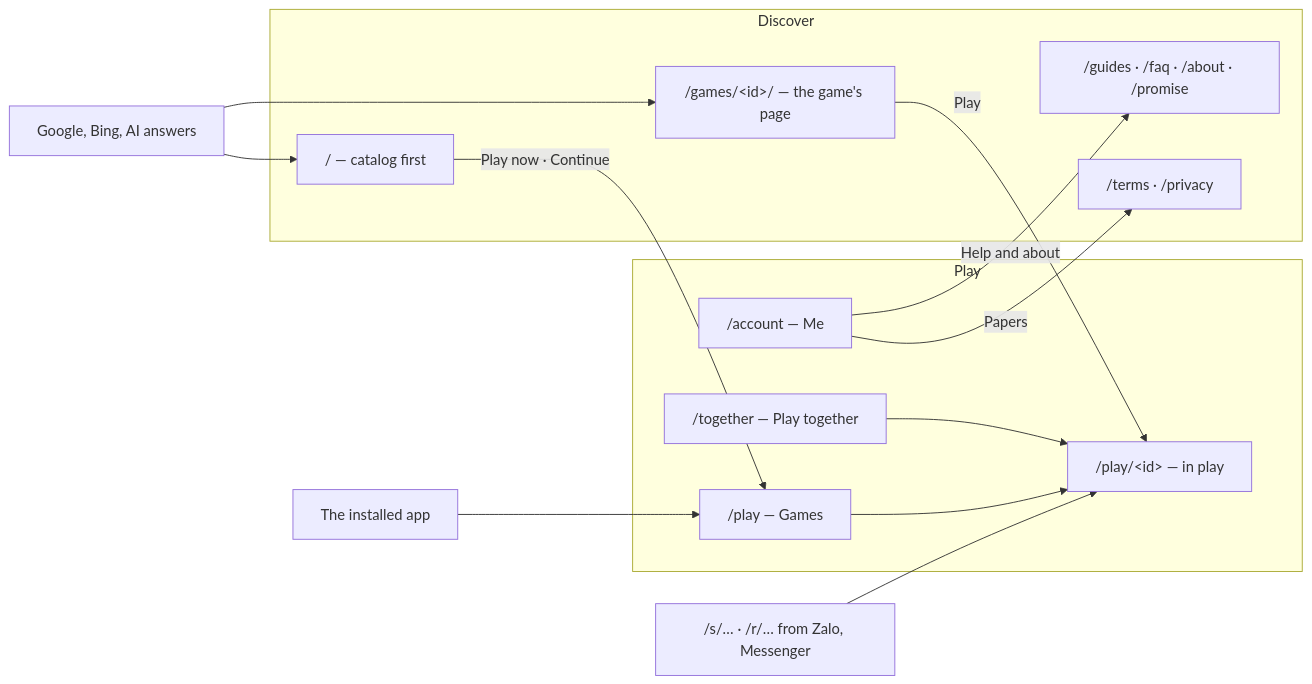
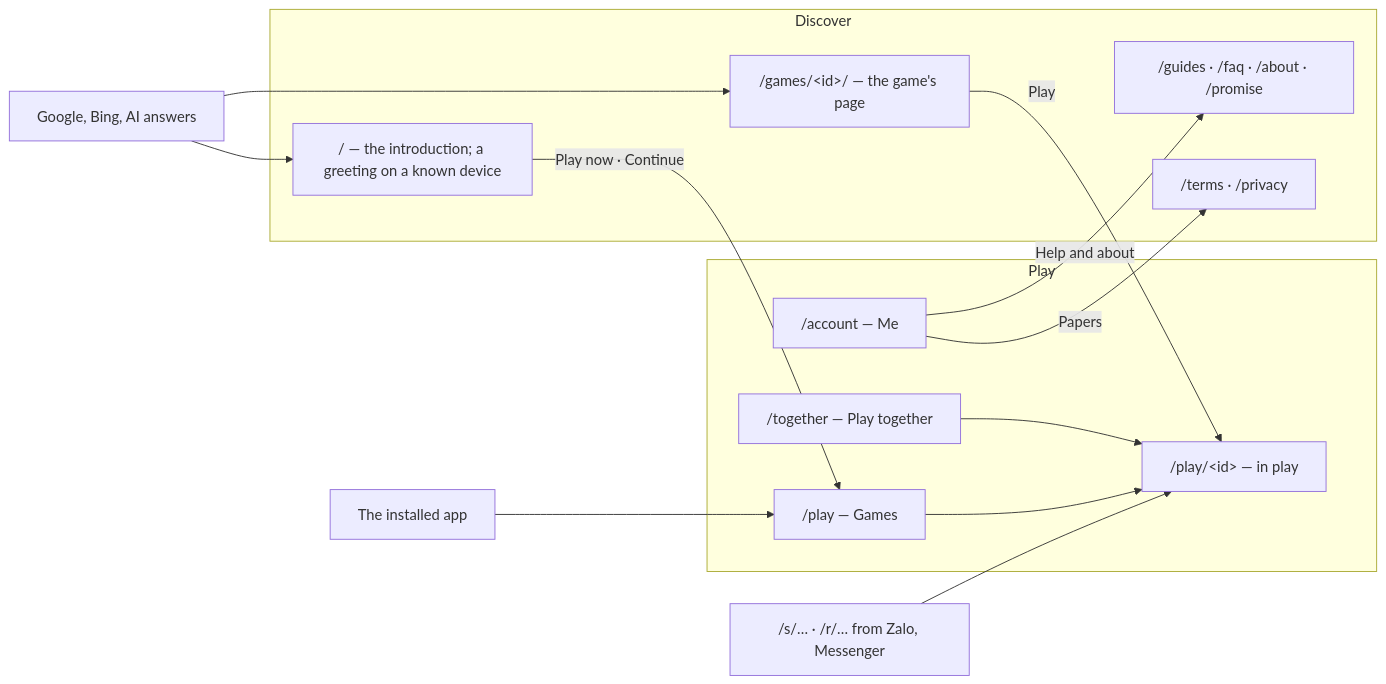
The second of 3 diagrams in docs/architecture/surfaces.md (vinh466/tohe-play), drawn with Mermaid before and after one commit. The commit also changed other lines of this file and 13 other files, not shown here.

First line of the commit message:
docs(surfaces): ADR 0055, the front page explains, greets a known device, and the app asks once

````diff
--- a/docs/architecture/surfaces.md
+++ b/docs/architecture/surfaces.md
@@ -51,24 +51,24 @@
 ```mermaid
 flowchart LR
   search[Google, Bing, AI answers] --> home & gp
   pwa[The installed app] --> games
   link["/s/… · /r/… from Zalo, Messenger"] --> playg
   subgraph K[Discover]
-    home["/ — catalog first"]
+    home["/ — the introduction; a greeting on a known device"]
     gp["/games/&lt;id&gt;/ — the game's page"]
     help["/guides · /faq · /about · /promise"]
     legal["/terms · /privacy"]
   end
   subgraph C[Play]
     games["/play — Games"]
     together["/together — Play together"]
     me["/account — Me"]
     playg["/play/&lt;id&gt; — in play"]
   end
   home -- "Play now · Continue" --> games
   gp -- Play --> playg
   games --> playg
   together --> playg
   me -- "Help and about" --> help
   me -- Papers --> legal
 ```
````
